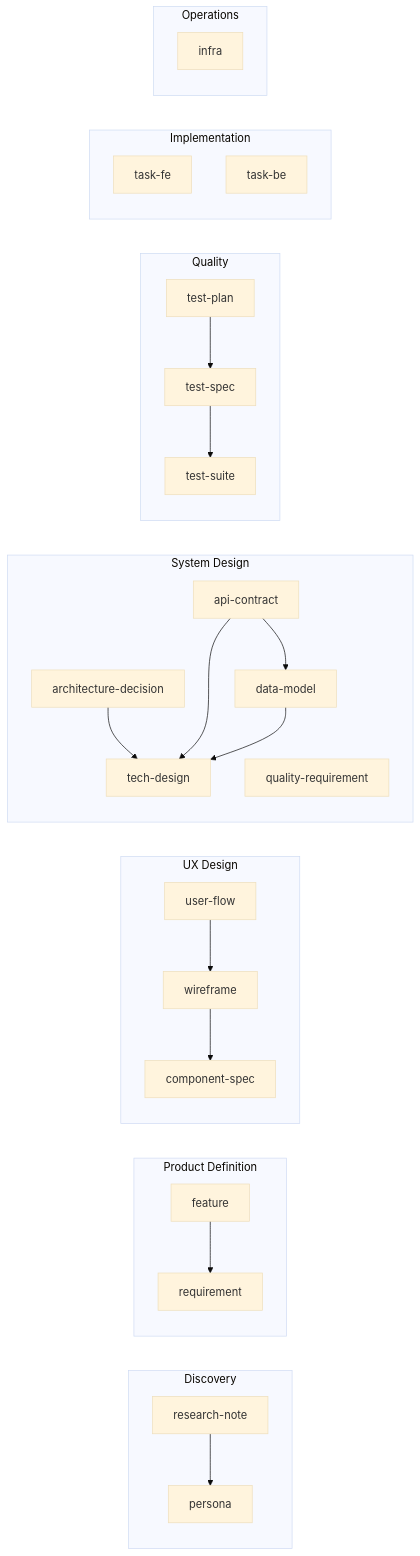
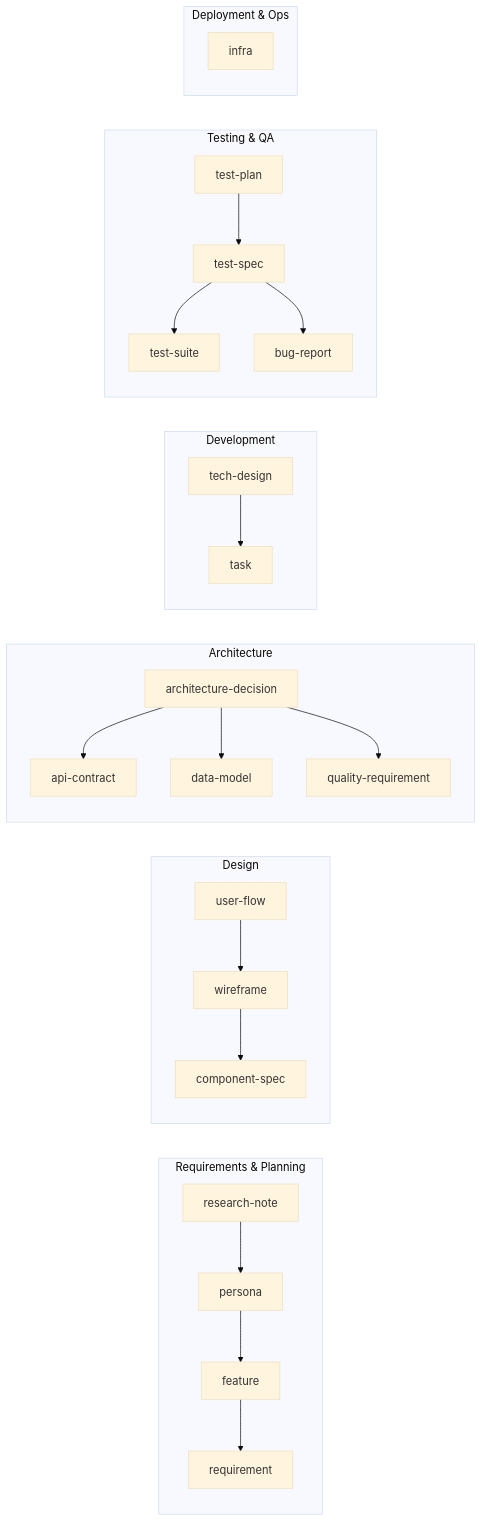
The second of 2 diagrams in reference/artifact-dep-graph.md (clitetailor/artifact-driven-development), drawn with Mermaid (base theme) before and after one commit. The commit also changed other lines of this file and 2 other files, not shown here.

````diff
--- a/reference/artifact-dep-graph.md
+++ b/reference/artifact-dep-graph.md
@@ -75,30 +46,28 @@
 ```mermaid
 graph LR
-    subgraph Discovery
-        RN[research-note] --> P[persona]
+    subgraph REQ[Requirements & Planning]
+        RN[research-note] --> PER[persona]
+        PER --> FEAT[feature]
+        FEAT --> REQ2[requirement]
     end
-    subgraph PD[Product Definition]
-        F[feature] --> R[requirement]
+    subgraph DES[Design]
+        UF[user-flow] --> WF[wireframe]
+        WF --> CS[component-spec]
     end
-    subgraph UX[UX Design]
-        UF[user-flow] --> WF[wireframe] --> CS[component-spec]
+    subgraph ARC[Architecture]
+        ADR[architecture-decision] --> API[api-contract]
+        ADR --> DM[data-model]
+        ADR --> QR[quality-requirement]
     end
-    subgraph SD[System Design]
-        ADR[architecture-decision]
-        QR[quality-requirement]
-        API[api-contract] --> DM[data-model]
-        ADR --> TD[tech-design]
-        API --> TD
-        DM --> TD
+    subgraph DEV[Development]
+        TD[tech-design] --> TASK[task]
     end
-    subgraph Quality
-        TP[test-plan] --> TS[test-spec] --> SU[test-suite]
+    subgraph TST[Testing & QA]
+        TP[test-plan] --> TS[test-spec]
+        TS --> SUITE[test-suite]
+        TS --> BUG[bug-report]
     end
-    subgraph Implementation
-        TFE[task-fe]
-        TBE[task-be]
-    end
-    subgraph Operations
-        INF[infra]
+    subgraph OPS[Deployment & Ops]
+        INFRA[infra]
     end
 ```
````
